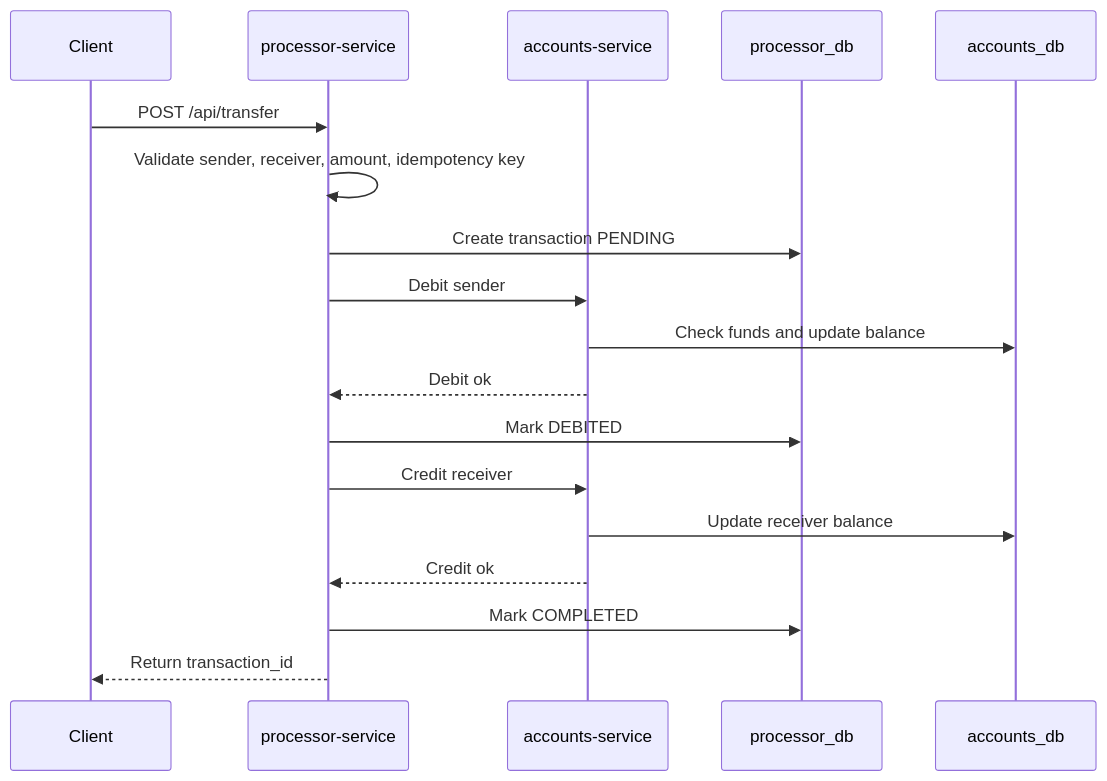
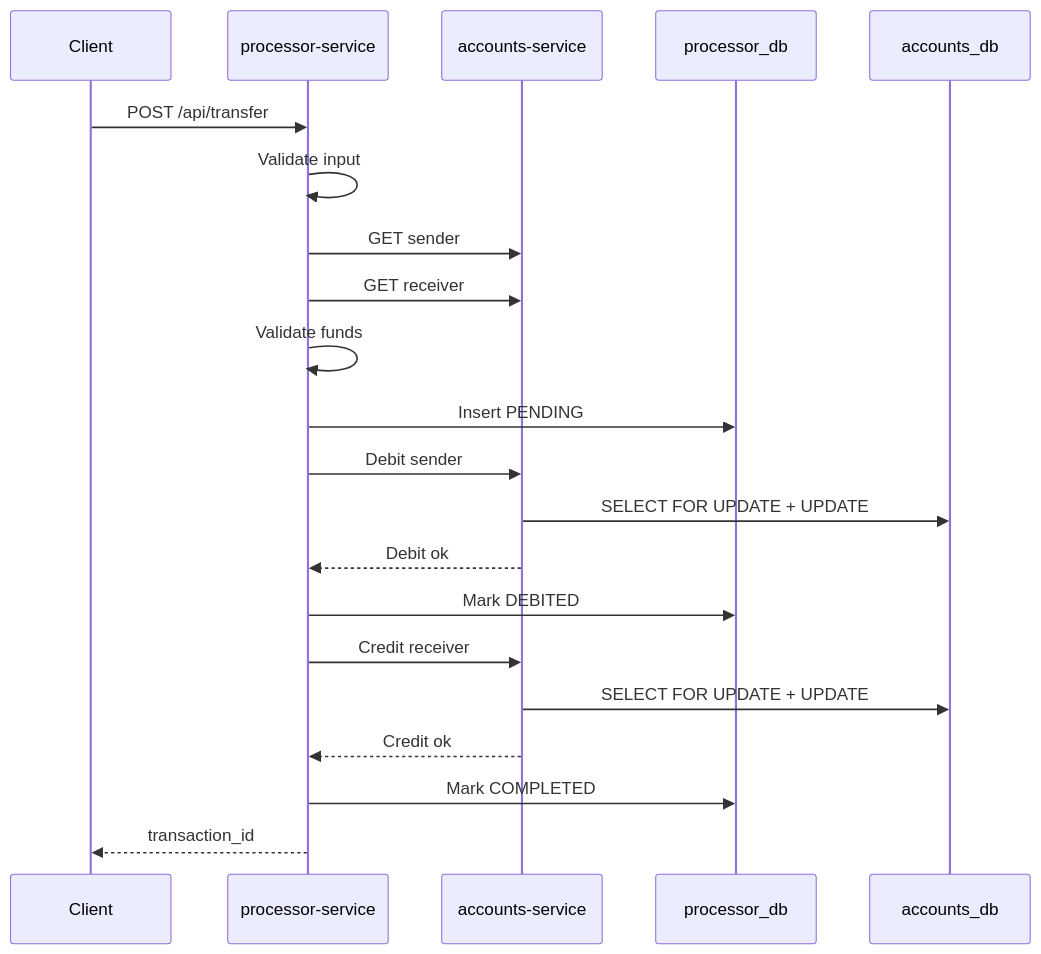
The second of 5 diagrams in docs/ARCHITECTURE.md (eigarciaortega/IBMHackathon2026), drawn with Mermaid before and after one commit. The commit also changed other lines of this file and 5 other files, not shown here.

````diff
--- a/docs/ARCHITECTURE.md
+++ b/docs/ARCHITECTURE.md
@@ -77,21 +50,24 @@
 ```mermaid
 sequenceDiagram
     participant C as Client
     participant P as processor-service
     participant A as accounts-service
     participant DBP as processor_db
     participant DBA as accounts_db
 
     C->>P: POST /api/transfer
-    P->>P: Validate sender, receiver, amount, idempotency key
-    P->>DBP: Create transaction PENDING
+    P->>P: Validate input
+    P->>A: GET sender
+    P->>A: GET receiver
+    P->>P: Validate funds
+    P->>DBP: Insert PENDING
     P->>A: Debit sender
-    A->>DBA: Check funds and update balance
+    A->>DBA: SELECT FOR UPDATE + UPDATE
     A-->>P: Debit ok
     P->>DBP: Mark DEBITED
     P->>A: Credit receiver
-    A->>DBA: Update receiver balance
+    A->>DBA: SELECT FOR UPDATE + UPDATE
     A-->>P: Credit ok
     P->>DBP: Mark COMPLETED
-    P-->>C: Return transaction_id
+    P-->>C: transaction_id
 ```
````
